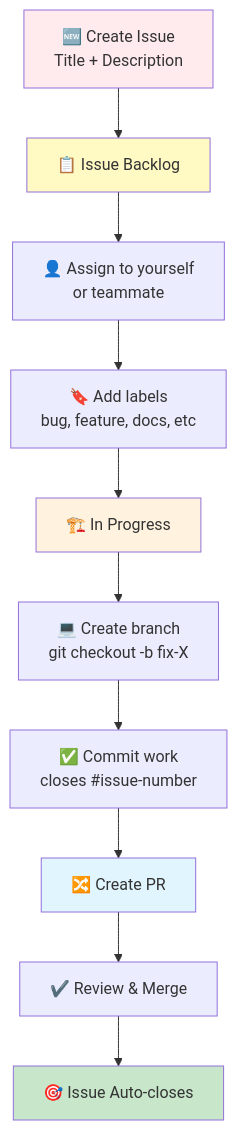
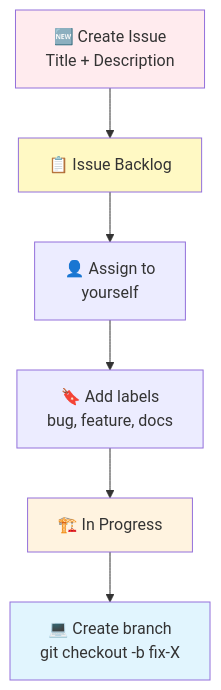
Before and after one commit to DQBM-CCCZ/intro_git_github: the third of 8 diagrams in slides/slide_module_4.qmd, drawn with Mermaid. The commit also changed other lines of this file and 2 other files, not shown here.

Commit message:
split workflow diagrams into 6 readable slides (2 each for PR, Issues, conflicts)

````diff
--- a/slides/slide_module_4.qmd
+++ b/slides/slide_module_4.qmd
@@ -194,18 +206,13 @@
 ```{mermaid}
 graph TD
     A["🆕 Create Issue<br/>Title + Description"] --> B["📋 Issue Backlog"]
-    B --> C["👤 Assign to yourself<br/>or teammate"]
-    C --> D["🔖 Add labels<br/>bug, feature, docs, etc"]
+    B --> C["👤 Assign to<br/>yourself"]
+    C --> D["🔖 Add labels<br/>bug, feature, docs"]
     D --> E["🏗️ In Progress"]
     E --> F["💻 Create branch<br/>git checkout -b fix-X"]
-    F --> G["✅ Commit work<br/>closes #issue-number"]
-    G --> H["🔀 Create PR"]
-    H --> I["✔️ Review & Merge"]
-    I --> J["🎯 Issue Auto-closes"]
     
     style A fill:#ffebee
     style B fill:#fff9c4
     style E fill:#fff3e0
-    style H fill:#e1f5fe
-    style J fill:#c8e6c9
+    style F fill:#e1f5fe
 ```
````
